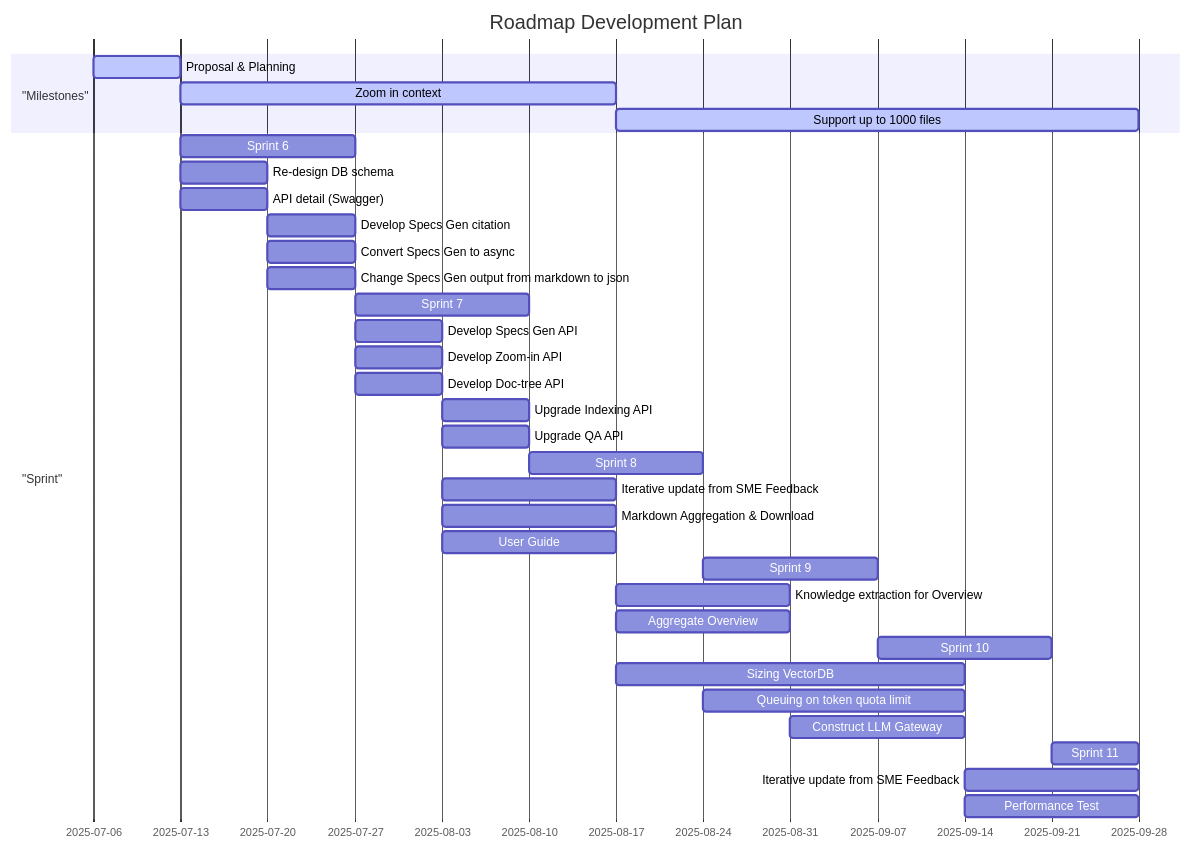
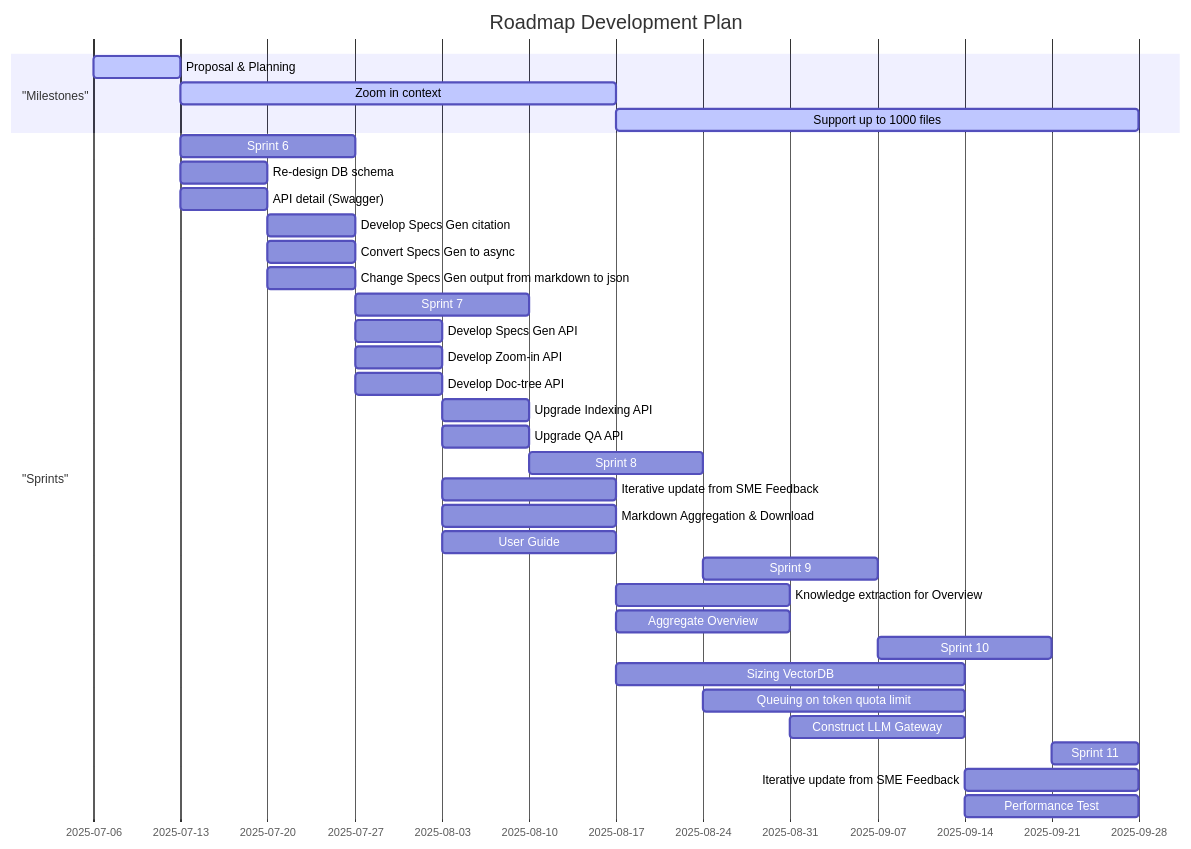
One commit to anhttmle/CAIO changed the diagram in C2B/Phase 2/Roadmap.md. Above: the diagram before and after it, drawn with Mermaid.

````diff
--- a/C2B/Phase 2/Roadmap.md
+++ b/C2B/Phase 2/Roadmap.md
@@ -3,51 +3,51 @@
 ```mermaid
 
 gantt
     title Roadmap Development Plan
     dateFormat  YYYY-MM-DD
     axisFormat  %Y-%m-%d
 
     section "Milestones"
     Proposal & Planning                     :active, zoom, 2025-07-06, 2025-07-13
     Zoom in context                     :active, zoom, 2025-07-13, 2025-08-17
     Support up to 1000 files           :active, scale_up, 2025-08-17, 2025-09-28
 
-    section "Sprint"
+    section "Sprints"
     Sprint 6                        :sprint_6, 2025-07-13, 2025-07-27
     Re-design DB schema                :db_schema, 2025-07-13, 2025-07-20
     API detail (Swagger)            :doc_api, 2025-07-13, 2025-07-20
 
     Develop Specs Gen citation             :citation_api, 2025-07-20, 2025-07-27
     Convert Specs Gen to async         :specs_async, 2025-07-20, 2025-07-27
     Change Specs Gen output from markdown to json             :convert_json, 2025-07-20, 2025-07-27
 
     Sprint 7                        :sprint_7, 2025-07-27, 2025-08-10
     Develop Specs Gen API   :gen_specs, 2025-07-27, 2025-08-03
     Develop Zoom-in API   :zoom-in, 2025-07-27, 2025-08-03
     Develop Doc-tree API   :doc-tree, 2025-07-27, 2025-08-03
 
     Upgrade Indexing API    :index_api, 2025-08-03, 2025-08-10
     Upgrade QA API    :qa_api, 2025-08-03, 2025-08-10
 
     Sprint 8                        :sprint_8, 2025-08-10, 2025-08-24
     Iterative update from SME Feedback  :optimize, 2025-08-03, 2025-08-17
     Markdown Aggregation & Download   :markdown, 2025-08-03, 2025-08-17
     User Guide          :user-guide, 2025-08-03, 2025-08-17
 
     Sprint 9                        :sprint_9, 2025-08-24, 2025-09-07
     Knowledge extraction for Overview    :knowledge_extract, 2025-08-17, 2025-08-31
     Aggregate Overview    :aggregate_overview, 2025-08-17, 2025-08-31
 
     Sprint 10                        :sprint_10, 2025-09-07, 2025-09-21
     Sizing VectorDB    :sizing_vectordb, 2025-08-17, 2025-09-14
     Queuing on token quota limit    :queue_on_limit, 2025-08-24, 2025-09-14
     Construct LLM Gateway    :llm_gateway, 2025-08-31, 2025-09-14
 
     Sprint 11                        :sprint_11, 2025-09-21, 2025-09-28
     Iterative update from SME Feedback  :optimize, 2025-09-14, 2025-09-28
     Performance Test  :optimize, 2025-09-14, 2025-09-28
 
 
 
 
 ```
````
